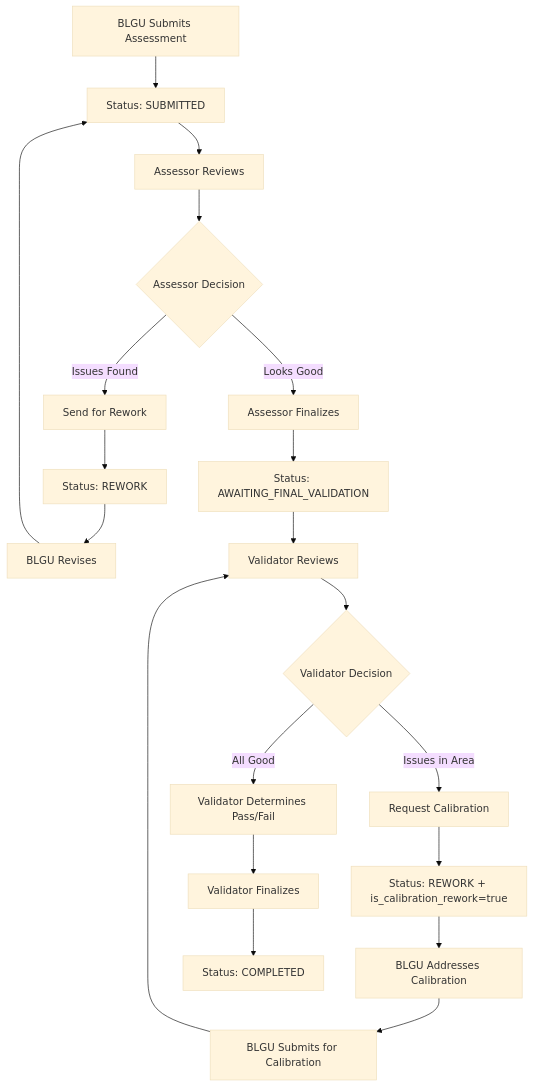
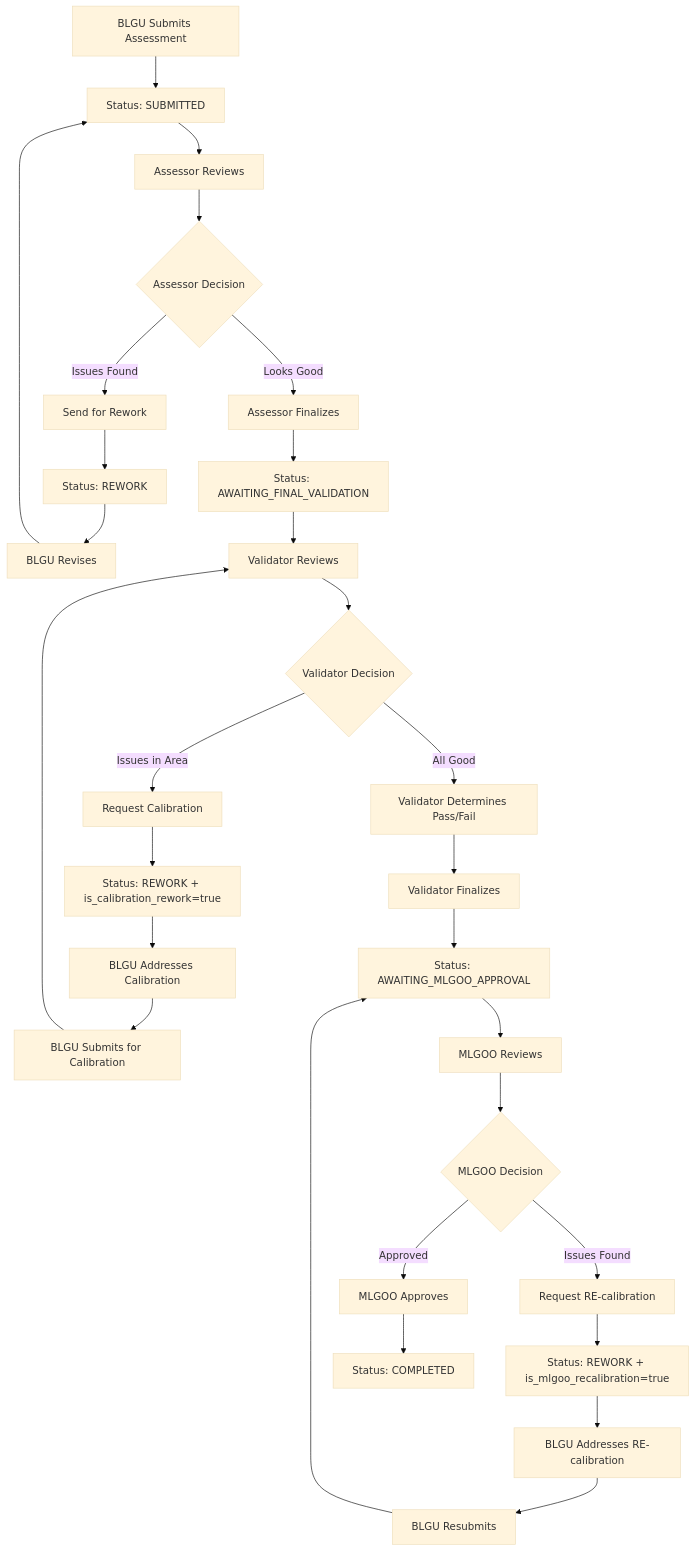
One commit to generyand/sinag changed the first of 2 diagrams in docs/workflows/assessor-validation.md. Above: the diagram before and after it, drawn with Mermaid (base theme). The commit also changed other lines of this file and 9 other files, not shown here.

````diff
--- a/docs/workflows/assessor-validation.md
+++ b/docs/workflows/assessor-validation.md
@@ -42,22 +42,31 @@
 ```mermaid
 graph TD
     A[BLGU Submits Assessment] --> B[Status: SUBMITTED]
     B --> C[Assessor Reviews]
     C --> D{Assessor Decision}
     D -->|Issues Found| E[Send for Rework]
     E --> F[Status: REWORK]
     F --> G[BLGU Revises]
     G --> B
     D -->|Looks Good| H[Assessor Finalizes]
     H --> I[Status: AWAITING_FINAL_VALIDATION]
     I --> J[Validator Reviews]
     J --> K{Validator Decision}
     K -->|Issues in Area| L[Request Calibration]
     L --> M[Status: REWORK + is_calibration_rework=true]
     M --> N[BLGU Addresses Calibration]
     N --> O[BLGU Submits for Calibration]
     O --> J
     K -->|All Good| P[Validator Determines Pass/Fail]
     P --> Q[Validator Finalizes]
-    Q --> R[Status: COMPLETED]
+    Q --> R[Status: AWAITING_MLGOO_APPROVAL]
+    R --> S[MLGOO Reviews]
+    S --> T{MLGOO Decision}
+    T -->|Issues Found| U[Request RE-calibration]
+    U --> V[Status: REWORK + is_mlgoo_recalibration=true]
+    V --> W[BLGU Addresses RE-calibration]
+    W --> X[BLGU Resubmits]
+    X --> R
+    T -->|Approved| Y[MLGOO Approves]
+    Y --> Z[Status: COMPLETED]
 ```
````
